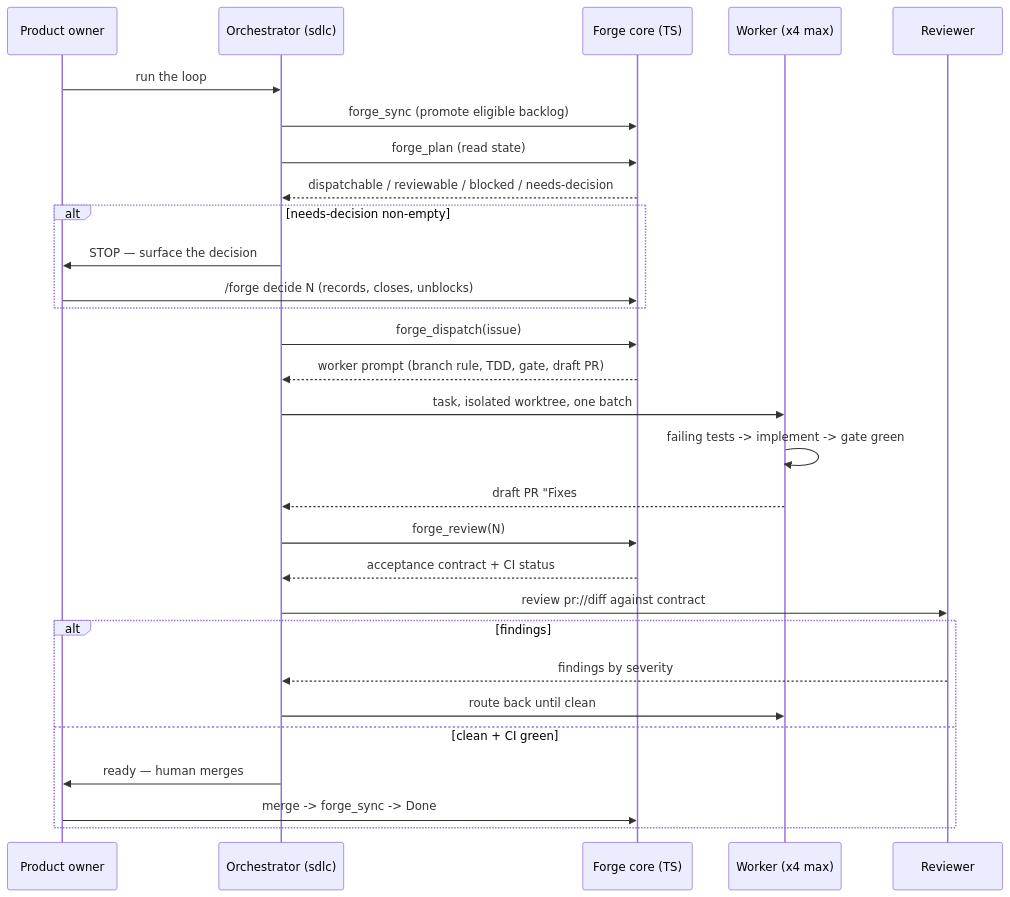
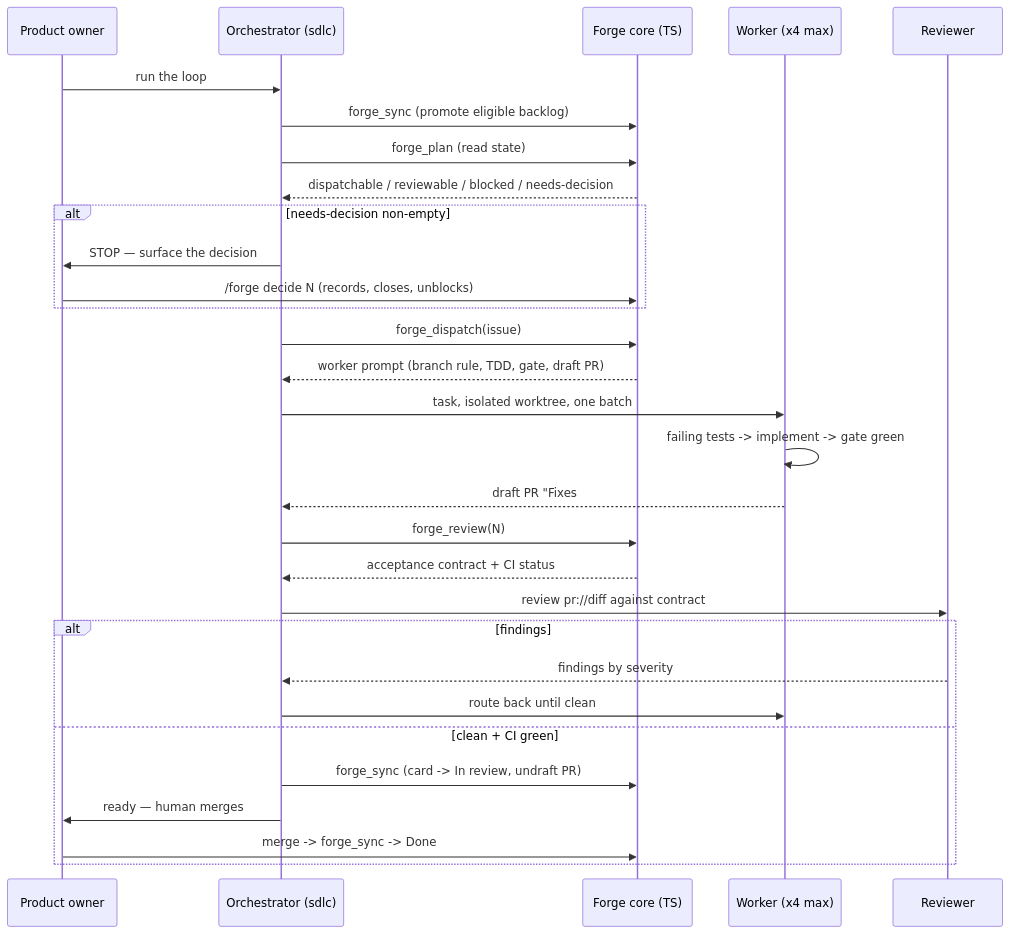
The third of 4 diagrams in plugins/forge/docs/sdlc.md (mjaric/omp-plugins), drawn with Mermaid before and after one commit. The commit also changed other lines of this file and 8 other files, not shown here.

First line of the commit message:
Forge sync: move green-CI In progress issues to In review, undraft PR

````diff
--- a/plugins/forge/docs/sdlc.md
+++ b/plugins/forge/docs/sdlc.md
@@ -107,32 +119,33 @@
 ```mermaid
 sequenceDiagram
   participant H as Product owner
   participant O as Orchestrator (sdlc)
   participant F as Forge core (TS)
   participant W as Worker (x4 max)
   participant R as Reviewer
 
   H->>O: run the loop
   O->>F: forge_sync (promote eligible backlog)
   O->>F: forge_plan (read state)
   F-->>O: dispatchable / reviewable / blocked / needs-decision
   alt needs-decision non-empty
     O->>H: STOP — surface the decision
     H->>F: /forge decide N (records, closes, unblocks)
   end
   O->>F: forge_dispatch(issue)
   F-->>O: worker prompt (branch rule, TDD, gate, draft PR)
   O->>W: task, isolated worktree, one batch
   W->>W: failing tests -> implement -> gate green
   W-->>O: draft PR "Fixes #N"
   O->>F: forge_review(N)
   F-->>O: acceptance contract + CI status
   O->>R: review pr://diff against contract
   alt findings
     R-->>O: findings by severity
     O->>W: route back until clean
   else clean + CI green
+    O->>F: forge_sync (card -> In review, undraft PR)
     O->>H: ready — human merges
     H->>F: merge -> forge_sync -> Done
   end
 ```
````
